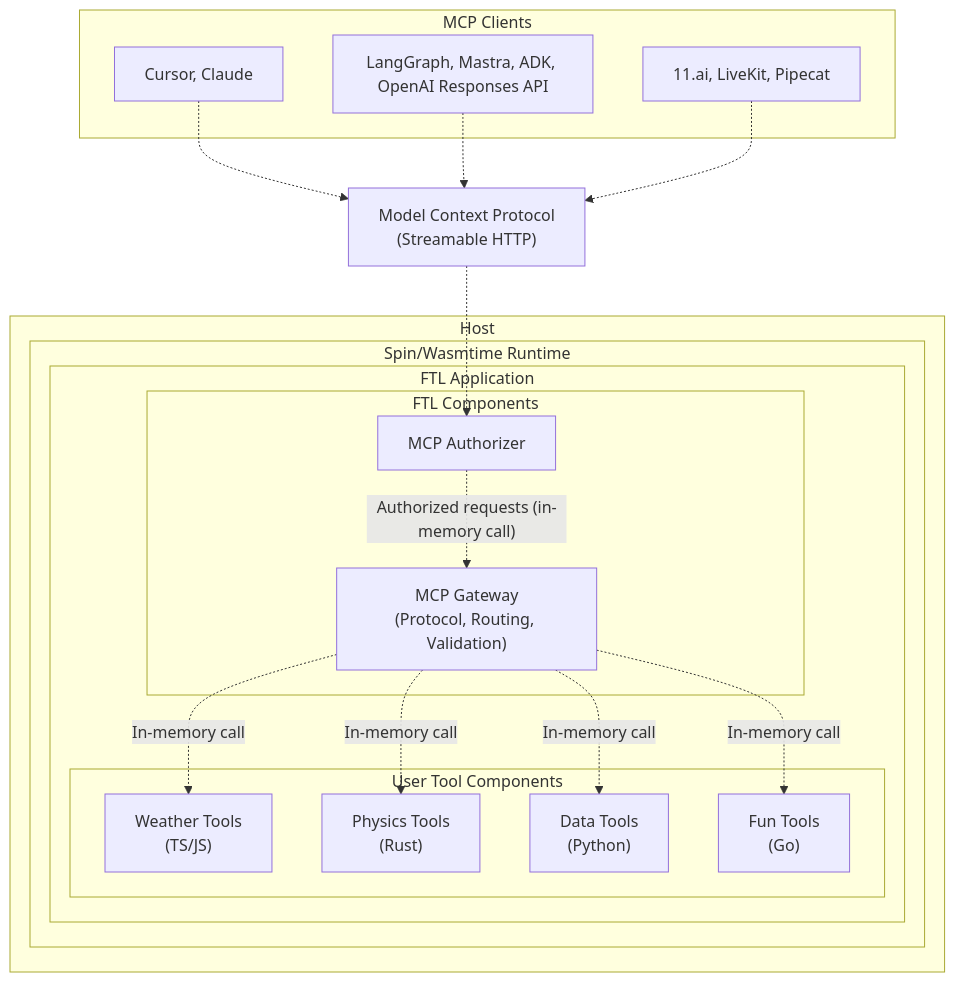
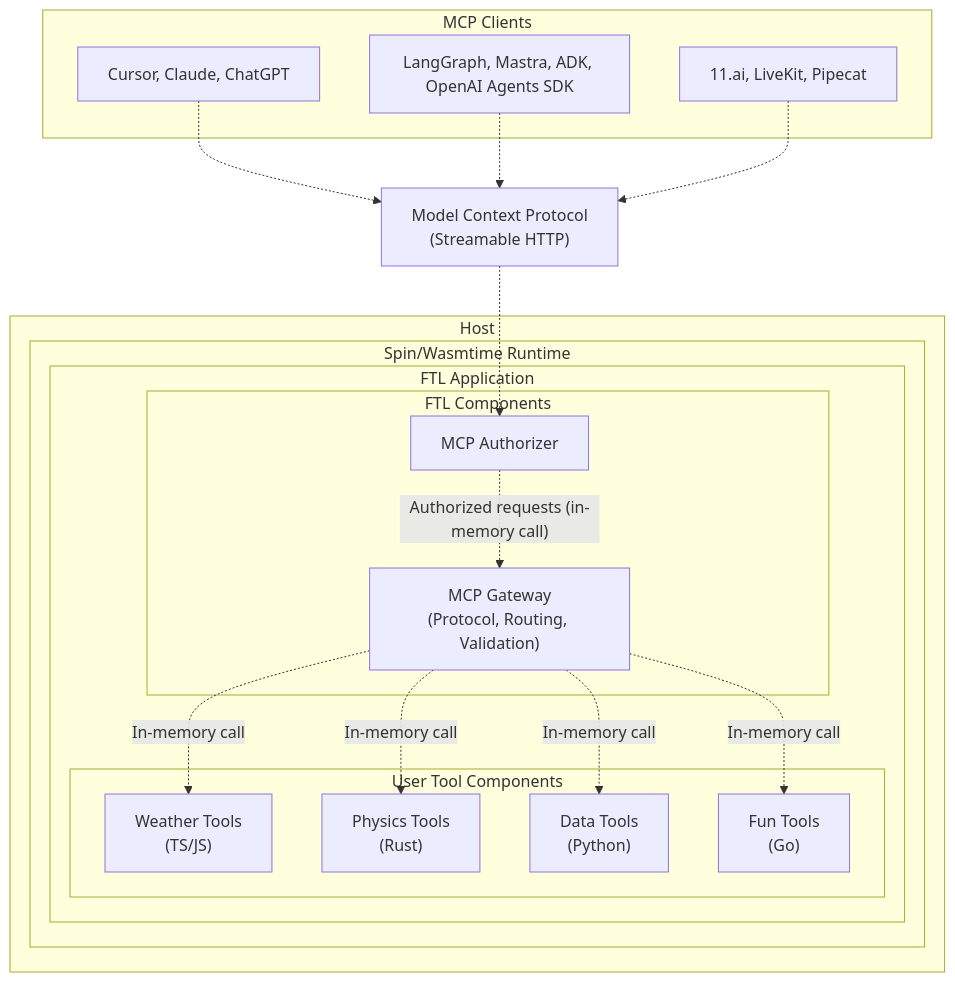
Before and after one commit to fastertools/ftl: the diagram in README.md, drawn with Mermaid. The commit also changed other lines of this file and 8 other files, not shown here.

````diff
--- a/README.md
+++ b/README.md
@@ -215,39 +215,39 @@
 ```mermaid
 graph TB
     subgraph "MCP Clients"
-        Desktops["Cursor, Claude"]
-        Agents["LangGraph, Mastra, ADK, OpenAI Responses API"]
+        Desktops["Cursor, Claude, ChatGPT"]
+        Agents["LangGraph, Mastra, ADK, OpenAI Agents SDK"]
         Realtime["11.ai, LiveKit, Pipecat"]
     end
     
     MCP["Model Context Protocol<br/>(Streamable HTTP)"]
     
 
       subgraph "Host"
           subgraph "Spin/Wasmtime Runtime"
               subgraph "FTL Application"
                   subgraph "FTL Components"
                       MCPAuth["MCP Authorizer"]
                       MCPGateway["MCP Gateway<br/>(Protocol, Routing, Validation)"]
                   end
                   
                   subgraph "User Tool Components"
                       Weather["Weather Tools<br/>(TS/JS)"]
                       Physics["Physics Tools<br/>(Rust)"]
                       Data["Data Tools<br/>(Python)"]
                       Custom["Fun Tools<br/>(Go)"]
                   end
               end
           end
       end
     
     Desktops -.->| | MCP
     Agents -.->| | MCP
     Realtime -.->| | MCP
     MCP -.->| | MCPAuth
     MCPAuth -.->|"Authorized requests (in-memory call)"| MCPGateway
     MCPGateway -.->|"In-memory call"| Weather
     MCPGateway -.->|"In-memory call"| Physics
     MCPGateway -.->|"In-memory call"| Data
     MCPGateway -.->|"In-memory call"| Custom
 ```
````
